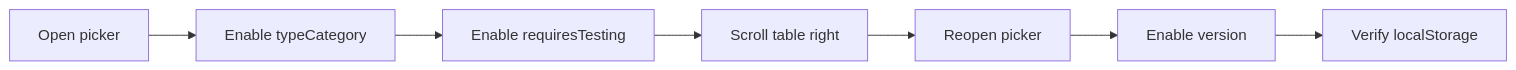
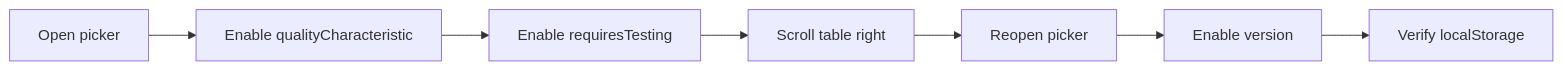
The third of 3 diagrams in tests/integration/requirements-table-column-picker.md (viscalyx/Kravhantering), drawn with Mermaid before and after one commit. The commit also changed other lines of this file and 49 other files, not shown here.

Commit message:
rename from requirement_type_categories to quality_characteristics

````diff
--- a/tests/integration/requirements-table-column-picker.md
+++ b/tests/integration/requirements-table-column-picker.md
@@ -118,9 +119,9 @@
 ```mermaid
 flowchart LR
-    A[Open picker] --> B[Enable typeCategory]
+    A[Open picker] --> B[Enable qualityCharacteristic]
     B --> C[Enable requiresTesting]
     C --> D[Scroll table right]
     D --> E[Reopen picker]
     E --> F[Enable version]
     F --> G[Verify localStorage]
 ```
````
